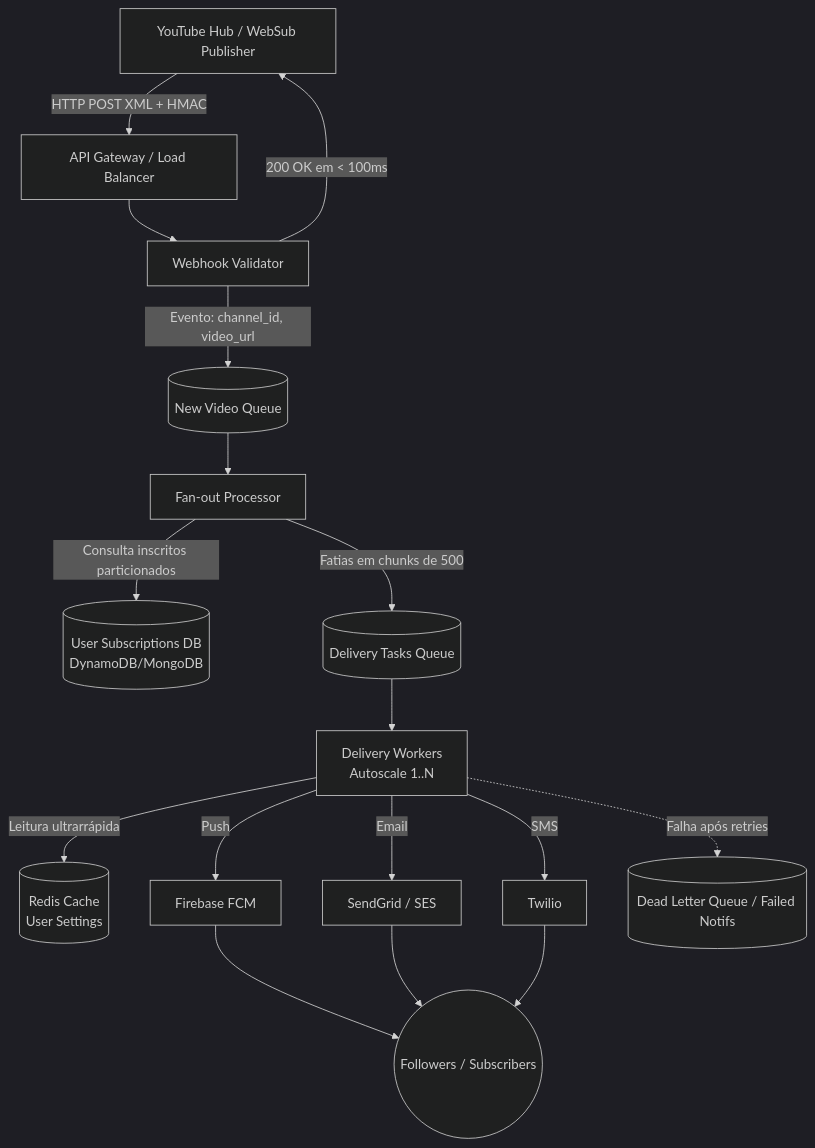
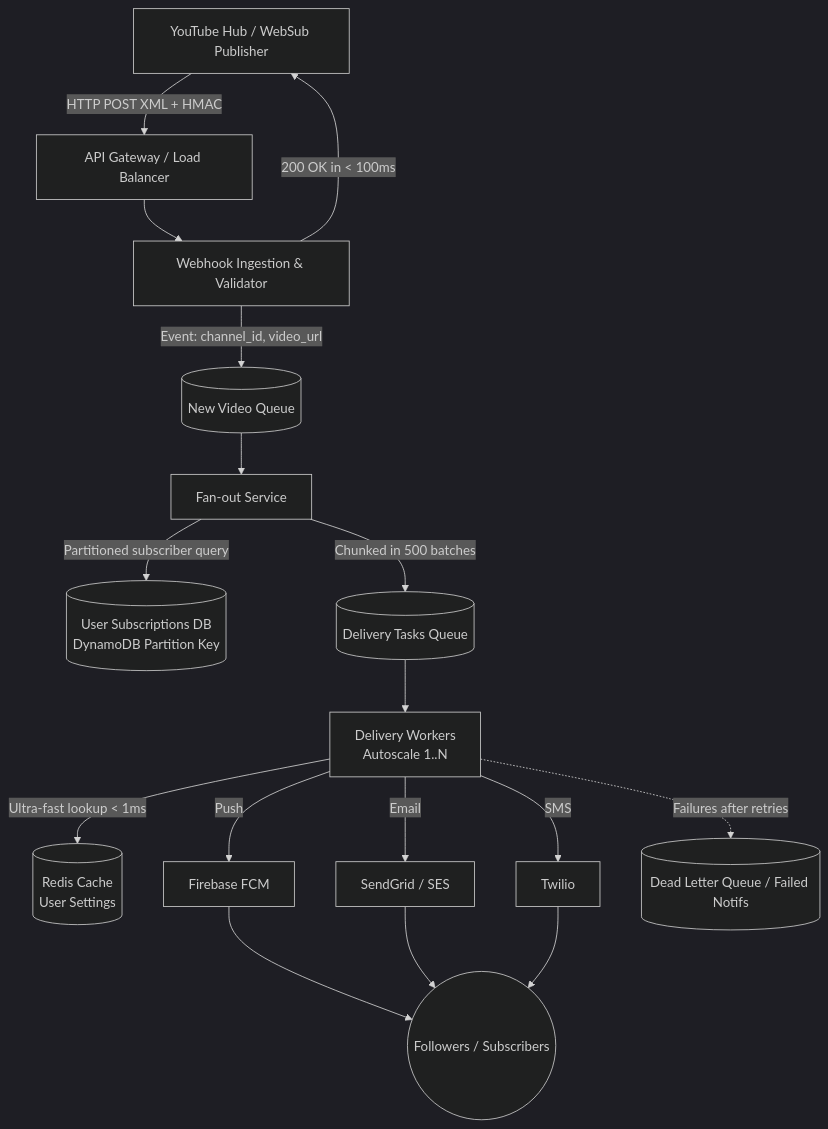
The diagram in README.md (pierrecbrito/notifyme), drawn with Mermaid (dark theme) before and after one commit. The commit also changed other lines of this file and 39 other files, not shown here.

Commit message:
docs: translate README, architecture documentation, configuration files and all code comments to English

````diff
--- a/README.md
+++ b/README.md
@@ -27,24 +27,24 @@
 ```mermaid
 flowchart TD
     YT[YouTube Hub / WebSub Publisher] -->|HTTP POST XML + HMAC| GW[API Gateway / Load Balancer]
-    GW --> WV[Webhook Validator]
-    WV -->|200 OK em < 100ms| YT
-    WV -->|Evento: channel_id, video_url| NVQ[(New Video Queue)]
+    GW --> WV[Webhook Ingestion & Validator]
+    WV -->|200 OK in < 100ms| YT
+    WV -->|Event: channel_id, video_url| NVQ[(New Video Queue)]
 
-    NVQ --> FP[Fan-out Processor]
-    FP -->|Consulta inscritos particionados| DB[(User Subscriptions DB\nDynamoDB/MongoDB)]
-    FP -->|Fatias em chunks de 500| DTQ[(Delivery Tasks Queue)]
+    NVQ --> FP[Fan-out Service]
+    FP -->|Partitioned subscriber query| DB[(User Subscriptions DB\nDynamoDB Partition Key)]
+    FP -->|Chunked in 500 batches| DTQ[(Delivery Tasks Queue)]
 
     DTQ --> DW[Delivery Workers\nAutoscale 1..N]
-    DW -->|Leitura ultrarrápida| RC[(Redis Cache\nUser Settings)]
+    DW -->|Ultra-fast lookup < 1ms| RC[(Redis Cache\nUser Settings)]
     
     DW -->|Push| FCM[Firebase FCM]
     DW -->|Email| SG[SendGrid / SES]
     DW -->|SMS| TW[Twilio]
     
-    DW -.->|Falha após retries| DLQ[(Dead Letter Queue / Failed Notifs)]
+    DW -.->|Failures after retries| DLQ[(Dead Letter Queue / Failed Notifs)]
 
     FCM --> USR((Followers / Subscribers))
     SG --> USR
     TW --> USR
 ```
````
